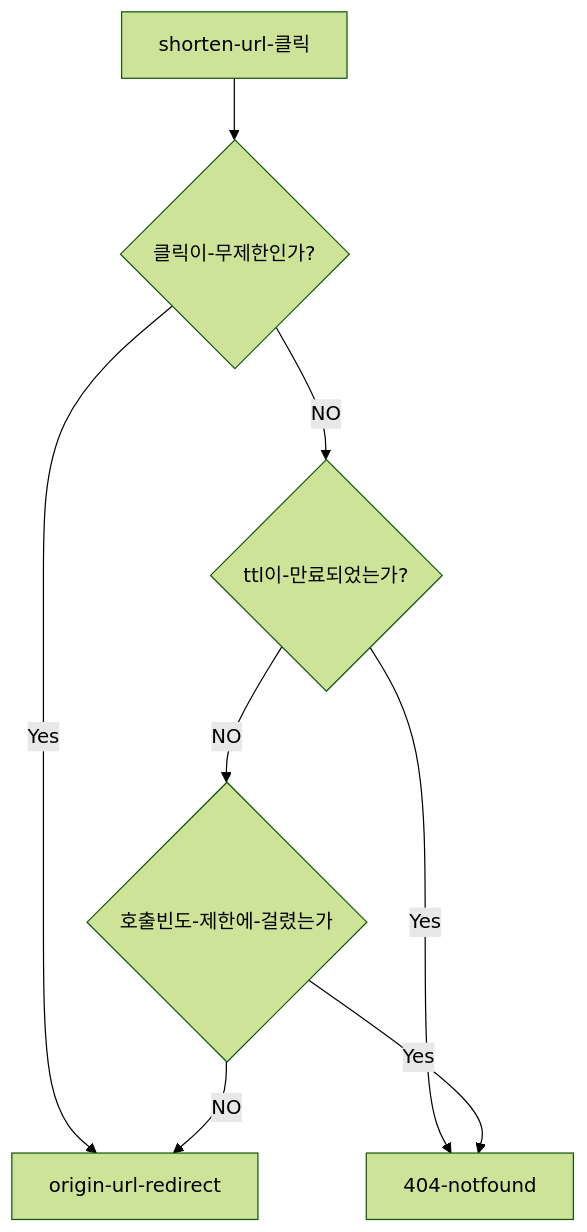
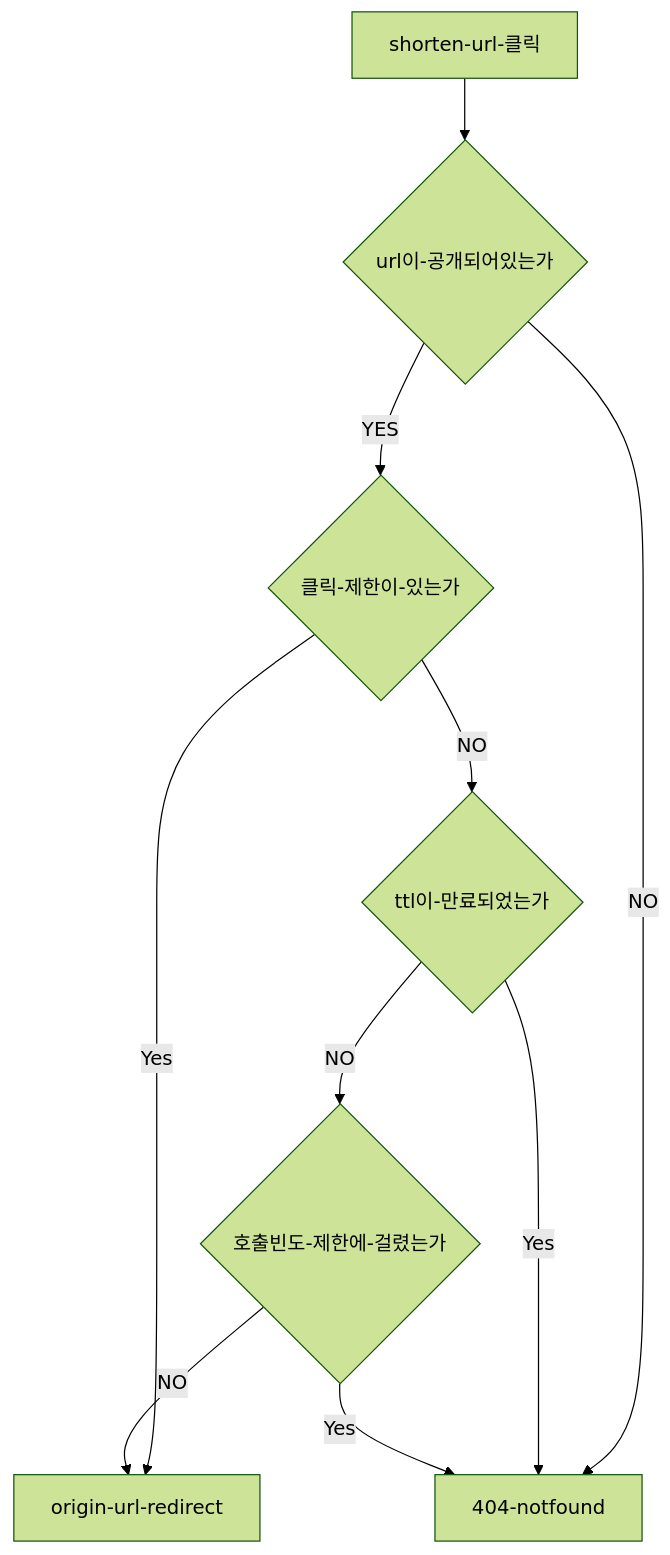
The second of 2 diagrams in README.md (101market/fast-grill-url), drawn with Mermaid (forest theme) before and after one commit.

Commit message:
클릭 공개 유무 다이어그램 추가

````diff
--- a/README.md
+++ b/README.md
@@ -22,10 +22,12 @@
 ```mermaid
 flowchart TD
-    A[shorten-url-클릭] --> G{클릭이-무제한인가}
+    A[shorten-url-클릭] --> H{shorten-url이-공개되어있는가}
     G -->|Yes| E[origin-url-redirect]
-    G{클릭이-무제한인가?} --> |NO| B{ttl이-만료되었는가}
+    H{url이-공개되어있는가} --> |YES| G{클릭제한이-있는가}
+    H --> |NO| D[404-notfound]
+    G{클릭-제한이-있는가} --> |NO| B{ttl이-만료되었는가}
     B -->|Yes| D[404-notfound]
-    B{ttl이-만료되었는가?} --> |NO| C{호출빈도-제한에-걸렸는가}
+    B{ttl이-만료되었는가} --> |NO| C{호출빈도-제한에-걸렸는가}
     C -->|Yes| D[404-notfound]
     C -->|NO| E[origin-url-redirect]
 ```
````
